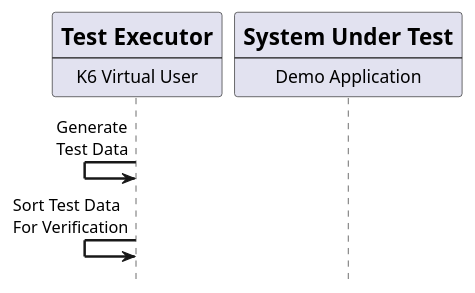
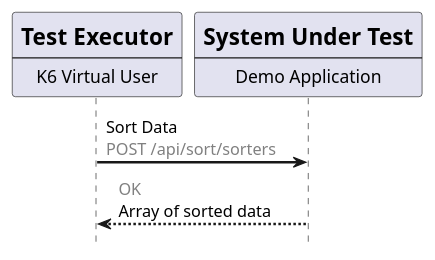
The diagram in k6-tests/diagrams/sorting-test.plantuml (latusikl/native-image-demo), drawn with PlantUML before and after one commit. The commit also changed 1 other file, not shown here.

Commit message:
Adjust test diagram

```diff
--- a/k6-tests/diagrams/sorting-test.plantuml
+++ b/k6-tests/diagrams/sorting-test.plantuml
@@ -1,26 +1,21 @@
 @startuml sorting-test
 skinparam sequenceArrowThickness 2
 skinparam responseMessageBelowArrow true
 hide footbox
-
 
 participant exec[
     = Test Executor
     ----
     K6 Virtual User
 ]
 
 participant sut [
     = System Under Test
     ----
     Demo Application
 ]
 
-
-
-exec <- exec: Generate\nTest Data
-exec <- exec: Sort Test Data\nFor Verification
-
-
+exec -> sut: Sort Data \n<color:gray>POST /api/sort/sorters</color>
+sut --> exec: <color:gray>OK</color>\nArray of sorted data
 
 @enduml
```
